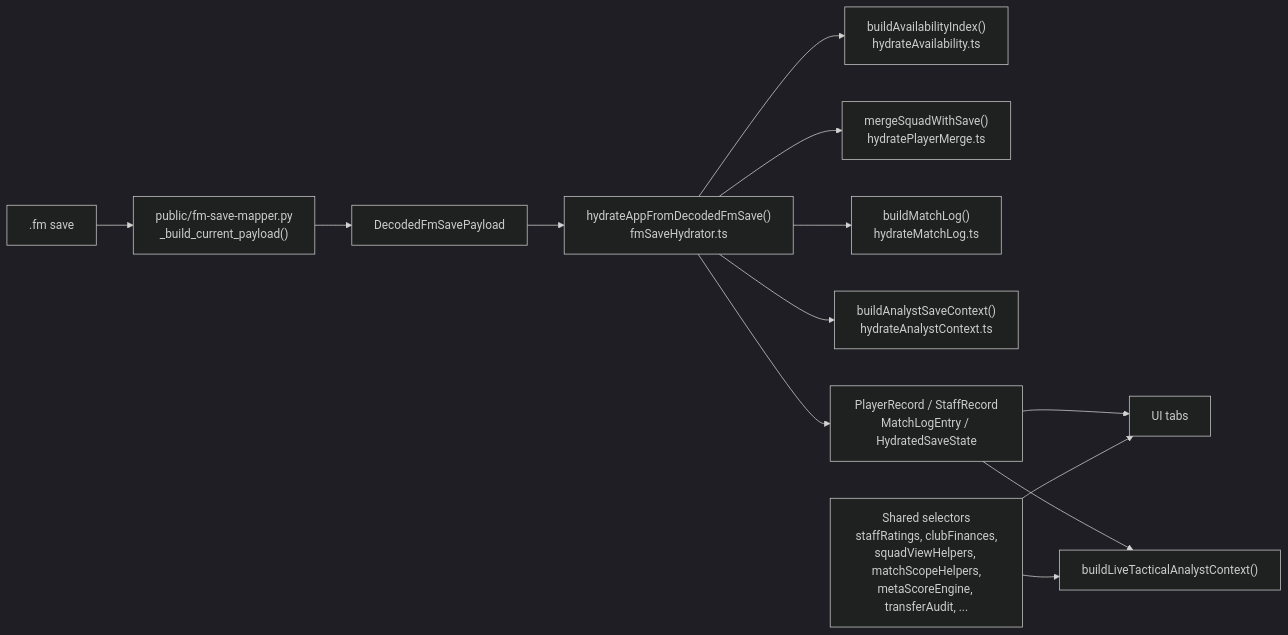
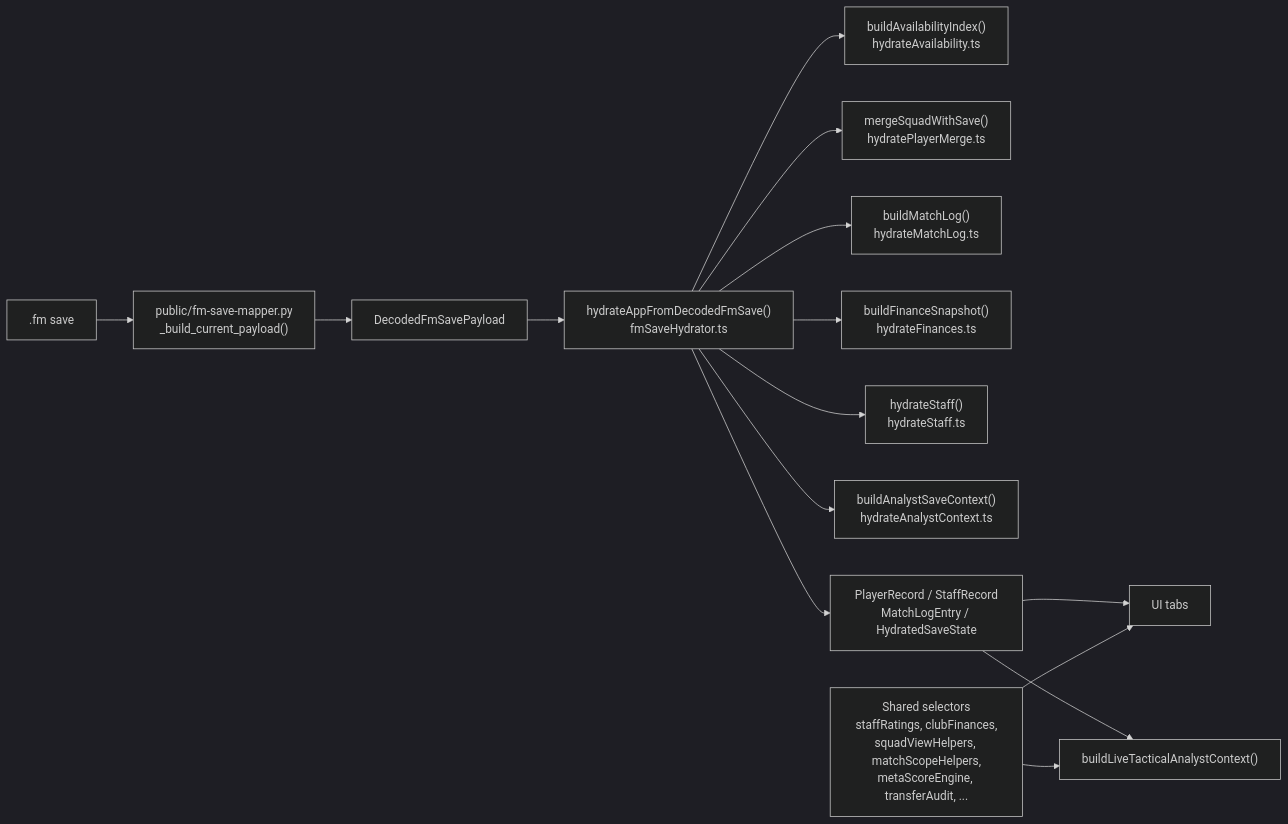
One commit to bd94fd/fm27-command-hub changed the diagram in docs/data-parity-contract-map.md. Above: the diagram before and after it, drawn with Mermaid (dark theme). The commit also changed 7 other files, not shown here.

First line of the commit message:
refactor(R40): move staff and finances out of the save hydrator (#124)

````diff
--- a/docs/data-parity-contract-map.md
+++ b/docs/data-parity-contract-map.md
@@ -11,15 +11,17 @@
 ```mermaid
 flowchart LR
   A[".fm save"] --> B["public/fm-save-mapper.py<br/>_build_current_payload()"]
   B --> C["DecodedFmSavePayload"]
   C --> D["hydrateAppFromDecodedFmSave()<br/>fmSaveHydrator.ts"]
   D --> D1["buildAvailabilityIndex()<br/>hydrateAvailability.ts"]
   D --> D0["mergeSquadWithSave()<br/>hydratePlayerMerge.ts"]
   D --> D3["buildMatchLog()<br/>hydrateMatchLog.ts"]
+  D --> D4["buildFinanceSnapshot()<br/>hydrateFinances.ts"]
+  D --> D5["hydrateStaff()<br/>hydrateStaff.ts"]
   D --> D2["buildAnalystSaveContext()<br/>hydrateAnalystContext.ts"]
   D --> E["PlayerRecord / StaffRecord<br/>MatchLogEntry / HydratedSaveState"]
   E --> F["UI tabs"]
   E --> G["buildLiveTacticalAnalystContext()"]
   H["Shared selectors<br/>staffRatings, clubFinances,<br/>squadViewHelpers, matchScopeHelpers,<br/>metaScoreEngine, transferAudit, ..."] --> F
   H --> G
 ```
````
